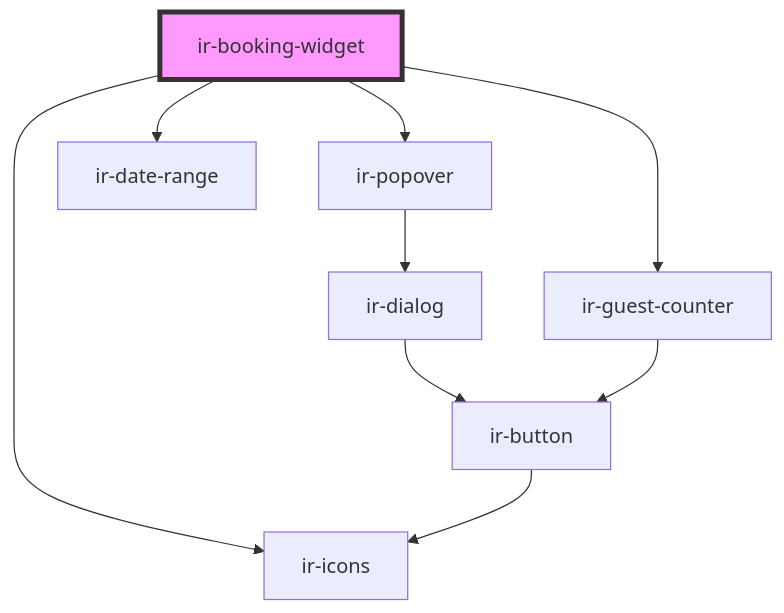
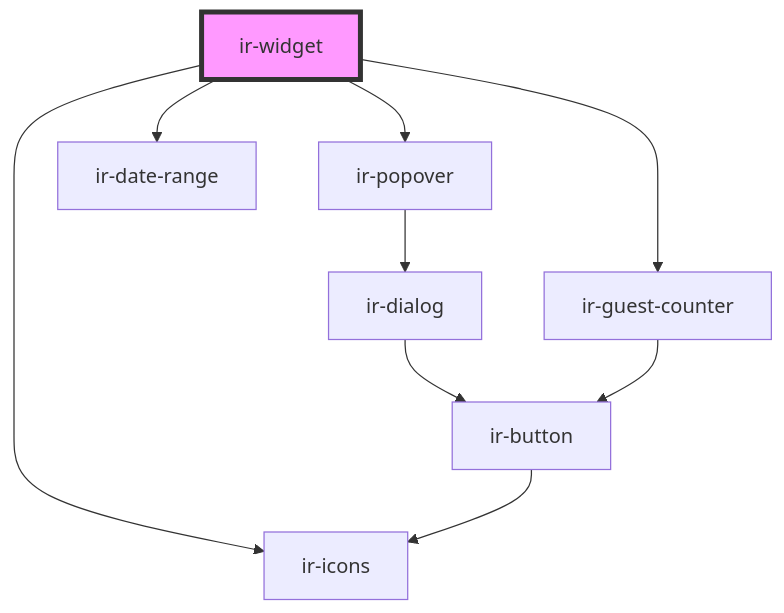
Before and after one commit to RonyRizk/ir-be: the diagram in src/components/ir-booking-widget/readme.md, drawn with Mermaid. The commit also changed other lines of this file and 144 other files, not shown here.

````diff
--- a/src/components/ir-booking-widget/readme.md
+++ b/src/components/ir-booking-widget/readme.md
@@ -32,12 +32,12 @@
 ```mermaid
 graph TD;
-  ir-booking-widget --> ir-icons
-  ir-booking-widget --> ir-popover
-  ir-booking-widget --> ir-date-range
-  ir-booking-widget --> ir-guest-counter
+  ir-widget --> ir-icons
+  ir-widget --> ir-popover
+  ir-widget --> ir-date-range
+  ir-widget --> ir-guest-counter
   ir-popover --> ir-dialog
   ir-dialog --> ir-button
   ir-button --> ir-icons
   ir-guest-counter --> ir-button
-  style ir-booking-widget fill:#f9f,stroke:#333,stroke-width:4px
+  style ir-widget fill:#f9f,stroke:#333,stroke-width:4px
 ```
````
